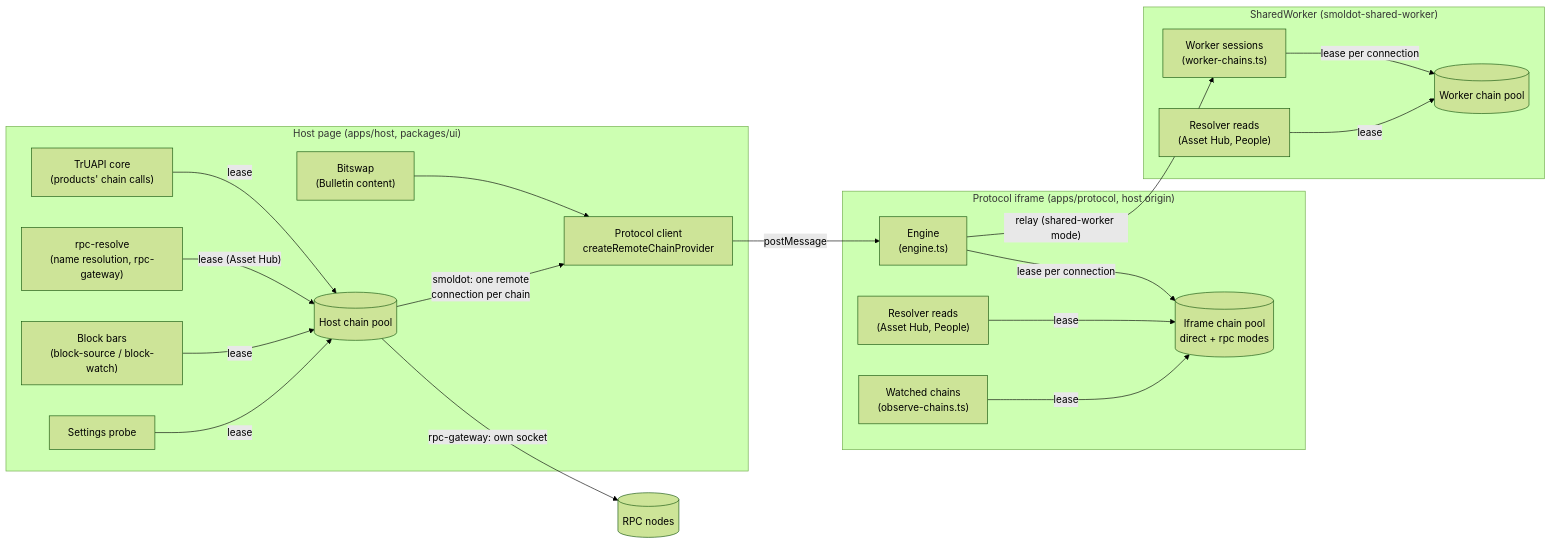
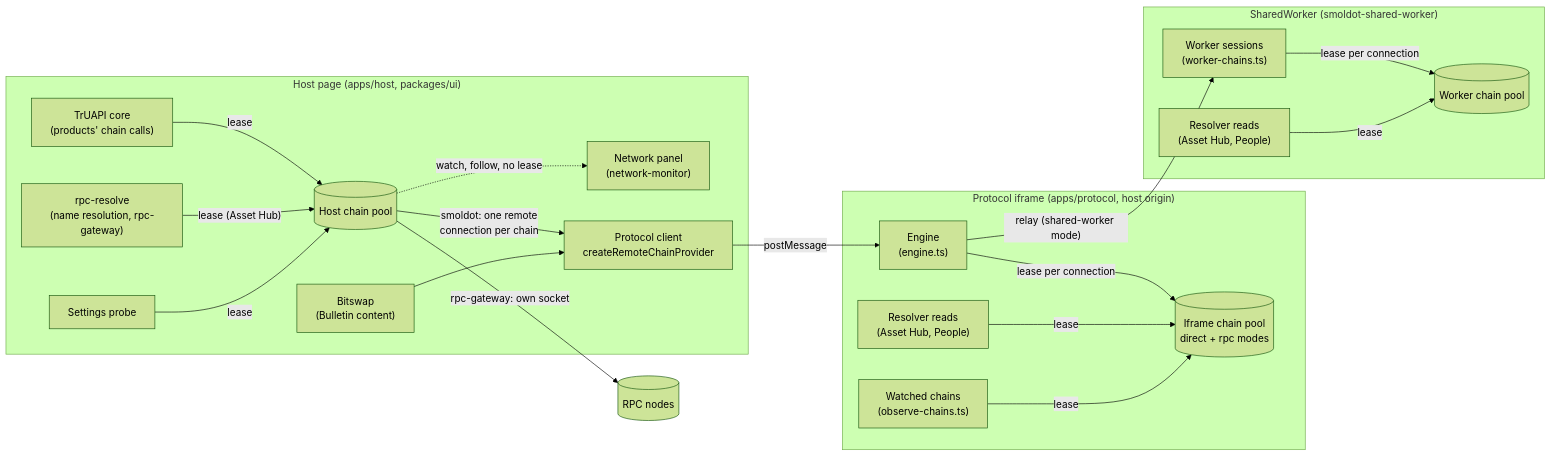
One commit to paritytech/dotli-community changed the first of 7 diagrams in docs/chain-connections.md. Above: the diagram before and after it, drawn with Mermaid (forest theme). The commit also changed other lines of this file and 47 other files, not shown here.

Commit message:
feat(ui): the network panel reports only the chains in use and never opens one (#352)

````diff
--- a/docs/chain-connections.md
+++ b/docs/chain-connections.md
@@ -36,42 +36,42 @@
 ```mermaid
 flowchart LR
   subgraph Host["Host page (apps/host, packages/ui)"]
     Core["TrUAPI core<br/>(products' chain calls)"]
     RpcResolve["rpc-resolve<br/>(name resolution, rpc-gateway)"]
-    Bars["Block bars<br/>(block-source / block-watch)"]
+    Panel["Network panel<br/>(network-monitor)"]
     Probe["Settings probe"]
     Bitswap["Bitswap<br/>(Bulletin content)"]
     Client["Protocol client<br/>createRemoteChainProvider"]
     HostPool[("Host chain pool")]
   end
 
   subgraph Iframe["Protocol iframe (apps/protocol, host origin)"]
     Engine["Engine<br/>(engine.ts)"]
     IframePool[("Iframe chain pool<br/>direct + rpc modes")]
     Resolver["Resolver reads<br/>(Asset Hub, People)"]
     Observe["Watched chains<br/>(observe-chains.ts)"]
   end
 
   subgraph Worker["SharedWorker (smoldot-shared-worker)"]
     Sessions["Worker sessions<br/>(worker-chains.ts)"]
     WorkerPool[("Worker chain pool")]
     WResolver["Resolver reads<br/>(Asset Hub, People)"]
   end
 
   Nodes[("RPC nodes")]
 
   Core -- lease --> HostPool
   RpcResolve -- "lease (Asset Hub)" --> HostPool
-  Bars -- lease --> HostPool
+  HostPool -.->|"watch, follow, no lease"| Panel
   Probe -- lease --> HostPool
   HostPool -- "rpc-gateway: own socket" --> Nodes
   HostPool -- "smoldot: one remote<br/>connection per chain" --> Client
   Bitswap --> Client
   Client -- postMessage --> Engine
   Engine -- "lease per connection" --> IframePool
   Resolver -- lease --> IframePool
   Observe -- lease --> IframePool
   Engine -- "relay (shared-worker mode)" --> Sessions
   Sessions -- "lease per connection" --> WorkerPool
   WResolver -- lease --> WorkerPool
 ```
````
